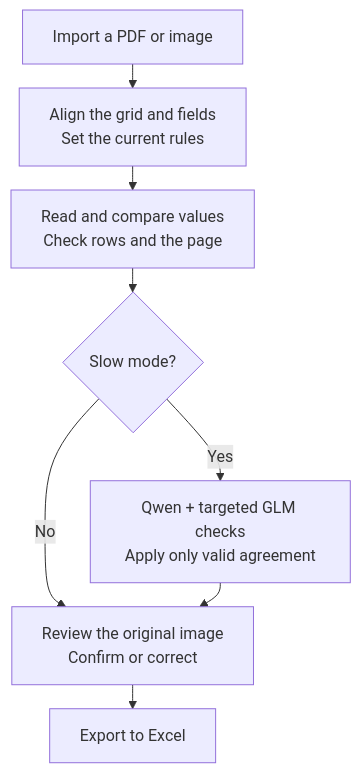
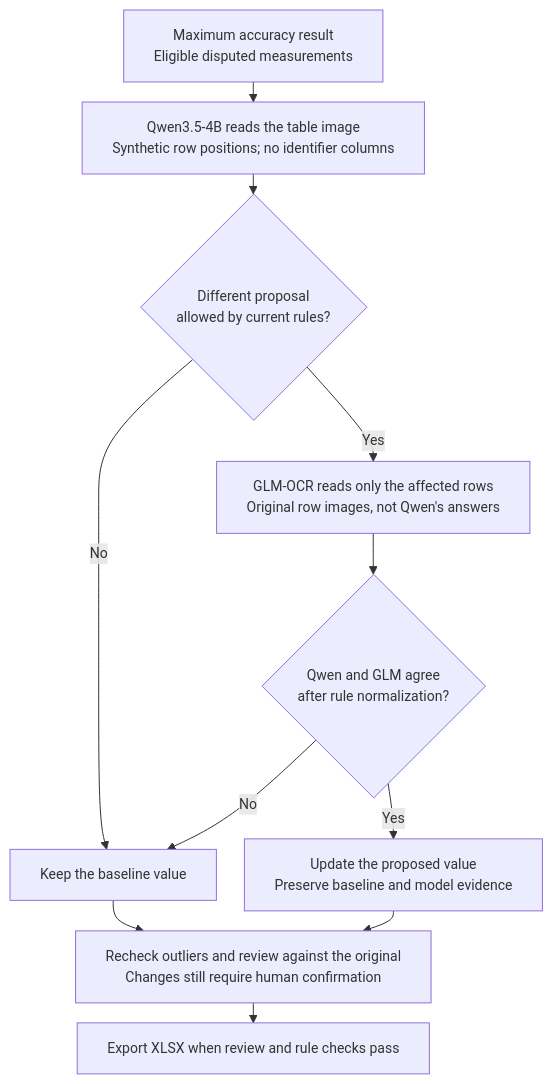
One commit to savvykitt-create/tablescan-local changed the second of 2 diagrams in README.md. Above: the diagram before and after it, drawn with Mermaid. The commit also changed other lines of this file and 2 other files, not shown here.

Commit message:
Document recognition model interactions and terminal slow-mode setup [skip ci]

````diff
--- a/README.md
+++ b/README.md
@@ -62,11 +111,14 @@
 ```mermaid
-%%{init: {"flowchart": {"rankSpacing": 24}}}%%
+%%{init: {"flowchart": {"rankSpacing": 20, "nodeSpacing": 28, "wrappingWidth": 320}, "themeVariables": {"fontSize": "14px"}}}%%
 flowchart TD
-    A["Import a PDF or image"] --> B["Align the grid and fields<br/>Set the current rules"]
-    B --> C["Read and compare values<br/>Check rows and the page"]
-    C --> D{"Slow mode?"}
-    D -- No --> F["Review the original image<br/>Confirm or correct"]
-    D -- Yes --> E["Qwen + targeted GLM checks<br/>Apply only valid agreement"]
-    E --> F
-    F --> G["Export to Excel"]
+    A["Maximum accuracy result<br/>Eligible disputed measurements"] --> B["Qwen3.5-4B reads the table image<br/>Synthetic row positions; no identifier columns"]
+    B --> C{"Different proposal<br/>allowed by current rules?"}
+    C -- No --> H["Keep the baseline value"]
+    C -- Yes --> D["GLM-OCR reads only the affected rows<br/>Original row images, not Qwen's answers"]
+    D --> E{"Qwen and GLM agree<br/>after rule normalization?"}
+    E -- No --> H
+    E -- Yes --> F["Update the proposed value<br/>Preserve baseline and model evidence"]
+    F --> G["Recheck outliers and review against the original<br/>Changes still require human confirmation"]
+    H --> G
+    G --> I["Export XLSX when review and rule checks pass"]
 ```
````
